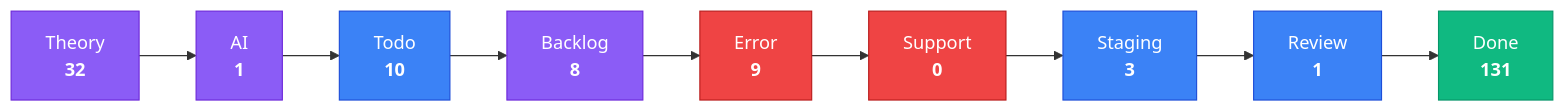
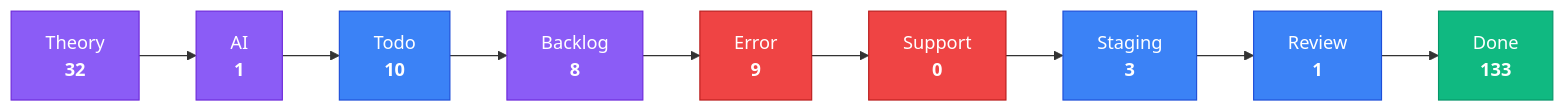
The third of 4 diagrams in apps/kbve/astro-kbve/src/content/docs/dashboard/kanban-data.mdx (KBVE/kbve), drawn with Mermaid before and after one commit. The commit also changed other lines of this file and 8 other files, not shown here.

````diff
--- a/apps/kbve/astro-kbve/src/content/docs/dashboard/kanban-data.mdx
+++ b/apps/kbve/astro-kbve/src/content/docs/dashboard/kanban-data.mdx
@@ -80,28 +80,28 @@
 ```mermaid
 flowchart LR
     classDef planning fill:#8b5cf6,stroke:#6d28d9,color:#fff
     classDef active fill:#3b82f6,stroke:#1d4ed8,color:#fff
     classDef blocked fill:#ef4444,stroke:#b91c1c,color:#fff
     classDef done fill:#10b981,stroke:#059669,color:#fff
     Theory["Theory<br/><strong>32</strong>"]
     Theory --> AI
     AI["AI<br/><strong>1</strong>"]
     AI --> Todo
     Todo["Todo<br/><strong>10</strong>"]
     Todo --> Backlog
     Backlog["Backlog<br/><strong>8</strong>"]
     Backlog --> Error
     Error["Error<br/><strong>9</strong>"]
     Error --> Support
     Support["Support<br/><strong>0</strong>"]
     Support --> Staging
     Staging["Staging<br/><strong>3</strong>"]
     Staging --> Review
     Review["Review<br/><strong>1</strong>"]
     Review --> Done
-    Done["Done<br/><strong>131</strong>"]
+    Done["Done<br/><strong>133</strong>"]
     class Theory,AI,Backlog planning
     class Todo,Staging,Review active
     class Error,Support blocked
     class Done done
 ```
````
